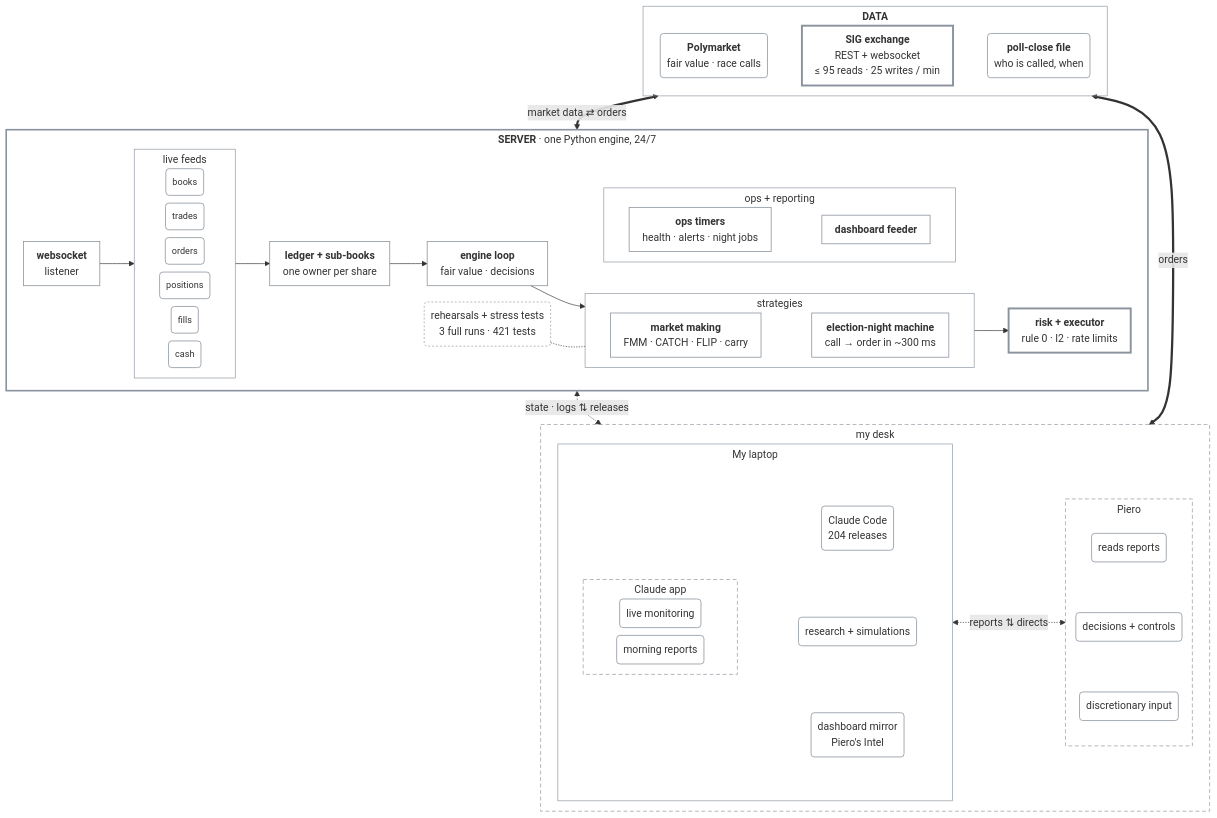
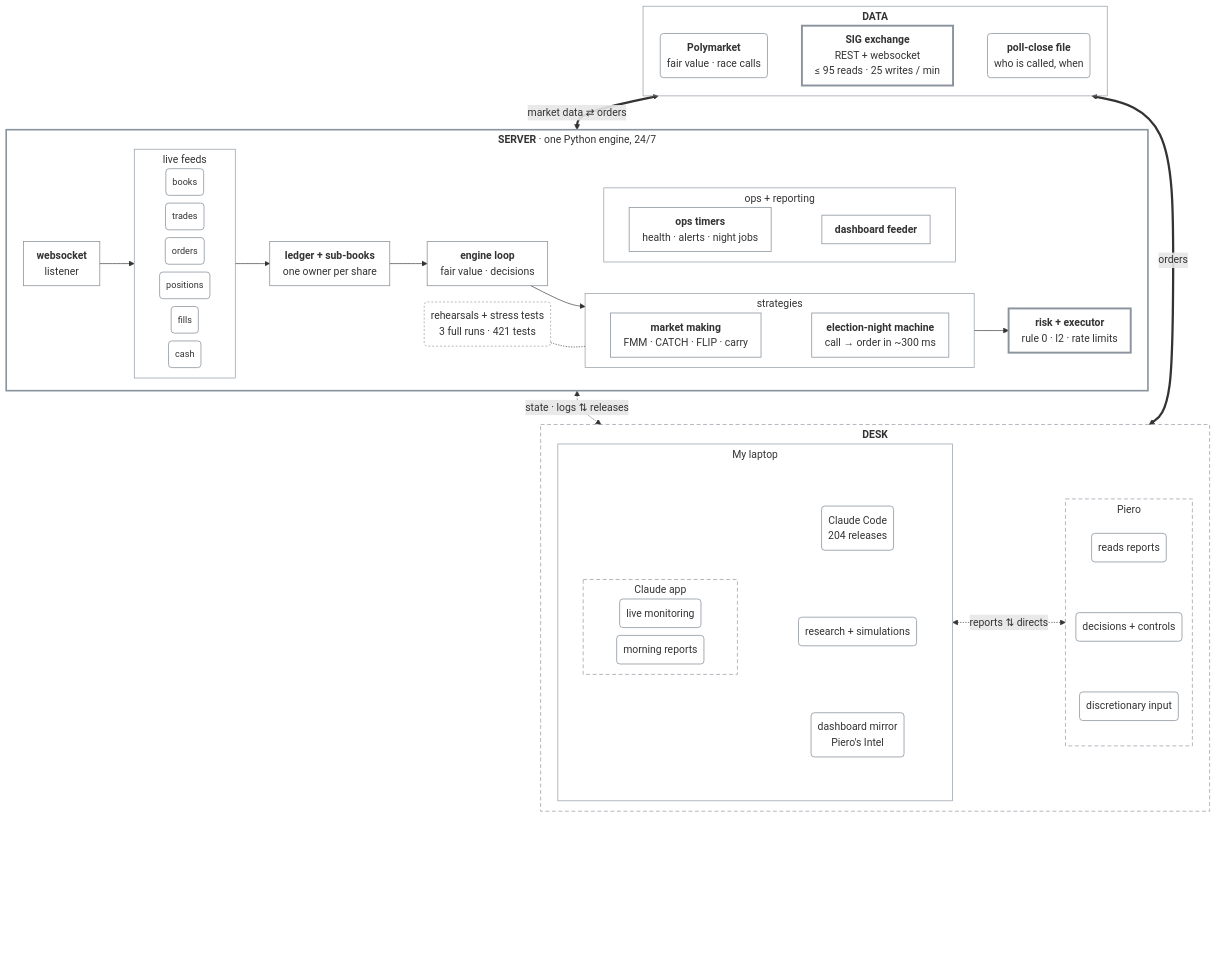
The diagram in README.md (pieropls/PredictionsCup26), drawn with Mermaid before and after one commit. The commit also changed other lines of this file and 8 other files, not shown here.

````diff
--- a/README.md
+++ b/README.md
@@ -123,7 +123,7 @@
     REH ~~~ SUPPORT
   end
 
-  subgraph DESK["my desk"]
+  subgraph DESK["<b>DESK</b>"]
     direction LR
     subgraph LAPTOP["My laptop"]
       direction LR
@@ -154,6 +154,7 @@
   DATA <==>|"market data ⇄ orders"| SERVER
   SERVER <-.->|"state · logs ⇅ releases"| DESK
   DATA <==>|orders| DESK
+  DESK ~~~ PAD["<br/><br/><br/><br/><br/><br/><br/>"]
 
   classDef default fill:none,stroke:#8b949e,stroke-width:1.2px
   classDef key fill:none,stroke:#8b949e,stroke-width:3px
@@ -172,4 +173,5 @@
   style DESK fill:none,stroke:#8b949e,stroke-dasharray:6 4
   style CLAUDE fill:none,stroke:#8b949e,stroke-dasharray:6 4
   style PIERO fill:none,stroke:#8b949e,stroke-dasharray:6 4
+  style PAD fill:none,stroke:none
 ```
````
